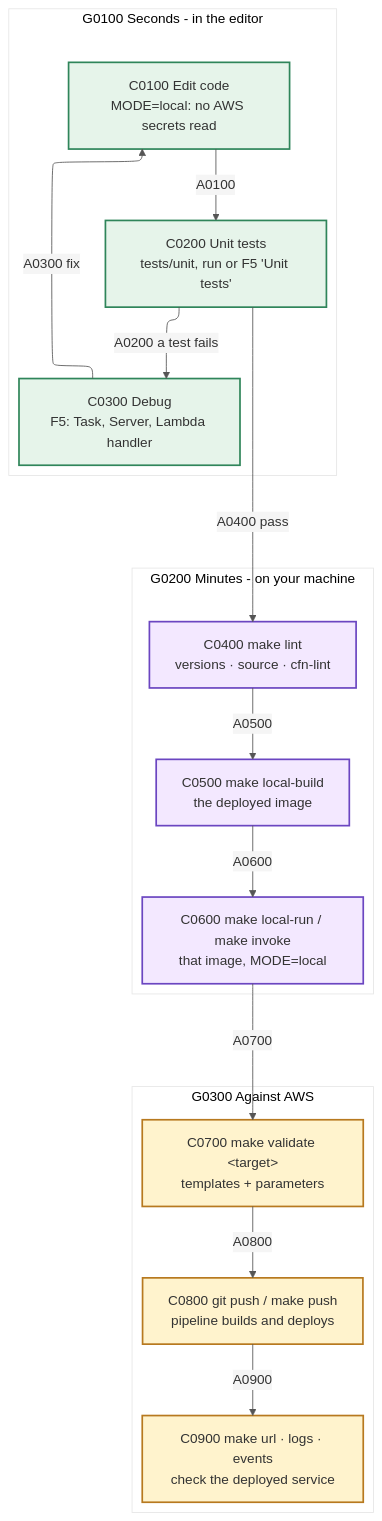
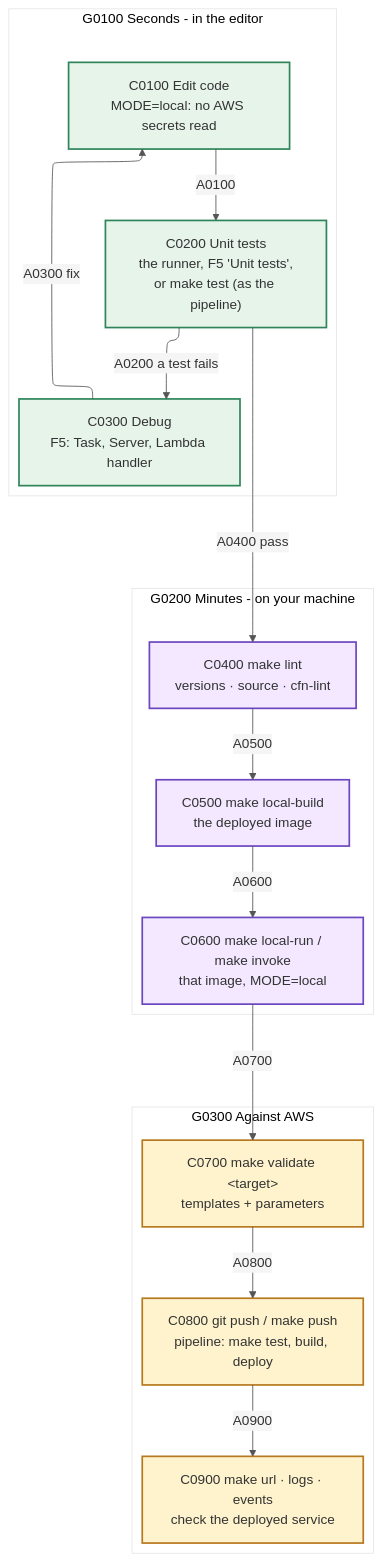
One commit to cagataygoncu/_aws_template changed the diagram in _base/docs/development_loop.mmd. Above: the diagram before and after it, drawn with Mermaid. The commit also changed 25 other files, not shown here.

First line of the commit message:
feat: make test, and a pipeline test stage that works for every language

```diff
--- a/_base/docs/development_loop.mmd
+++ b/_base/docs/development_loop.mmd
@@ -1,55 +1,55 @@
 ---
 config:
   layout: elk
   theme: base
   fontFamily: Helvetica, Arial, sans-serif
   themeVariables:
     fontSize: 16px
     primaryColor: "#f5f5f5"
     primaryBorderColor: "#7a7a7a"
     lineColor: "#555555"
 ---
 flowchart TB
 
   %% The development loop: each step is slower and closer to production than
   %% the one before. Any failure sends you back to C0100. Those return arrows
   %% are left out on purpose: in an ELK layout they reorder the groups.
 
   subgraph G0100["G0100 Seconds - in the editor"]
     direction LR
     C0100["C0100 Edit code<br/>MODE=local: no AWS secrets read"]
-    C0200["C0200 Unit tests<br/>tests/unit, run or F5 'Unit tests'"]
+    C0200["C0200 Unit tests<br/>the runner, F5 'Unit tests',<br/>or make test (as the pipeline)"]
     C0300["C0300 Debug<br/>F5: Task, Server, Lambda handler"]
   end
 
   subgraph G0200["G0200 Minutes - on your machine"]
     direction LR
     C0400["C0400 make lint<br/>versions · source · cfn-lint"]
     C0500["C0500 make local-build<br/>the deployed image"]
     C0600["C0600 make local-run / make invoke<br/>that image, MODE=local"]
   end
 
   subgraph G0300["G0300 Against AWS"]
     direction LR
     C0700["C0700 make validate &lt;target&gt;<br/>templates + parameters"]
-    C0800["C0800 git push / make push<br/>pipeline builds and deploys"]
+    C0800["C0800 git push / make push<br/>pipeline: make test, build, deploy"]
     C0900["C0900 make url · logs · events<br/>check the deployed service"]
   end
 
   C0100 -- "A0100" --> C0200
   C0200 -- "A0200 a test fails" --> C0300
   C0300 -- "A0300 fix" --> C0100
   C0200 -- "A0400 pass" --> C0400
   C0400 -- "A0500" --> C0500
   C0500 -- "A0600" --> C0600
   C0600 -- "A0700" --> C0700
   C0700 -- "A0800" --> C0800
   C0800 -- "A0900" --> C0900
 
   classDef editor fill:#e6f4ea,stroke:#2f855a,stroke-width:2px
   classDef local fill:#f3e8ff,stroke:#6b46c1,stroke-width:2px
   classDef aws fill:#fff3cd,stroke:#b7791f,stroke-width:2px
 
   class C0100,C0200,C0300 editor
   class C0400,C0500,C0600 local
   class C0700,C0800,C0900 aws
```
